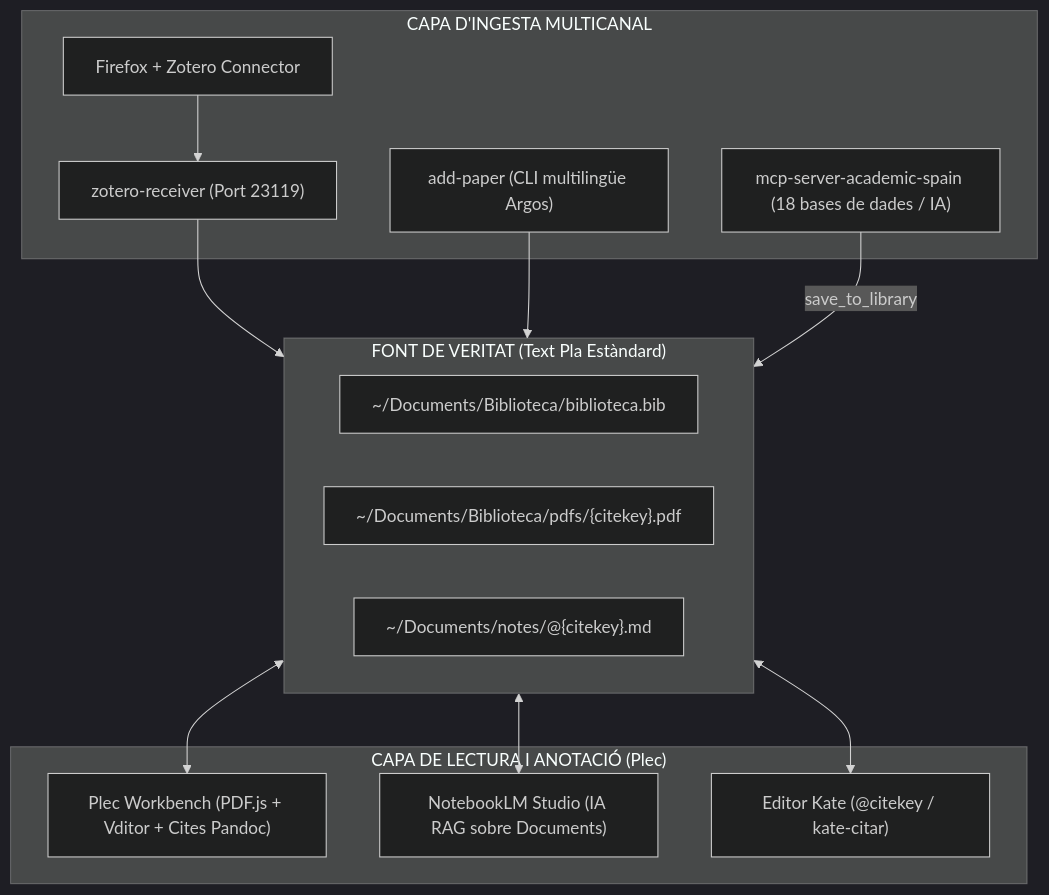
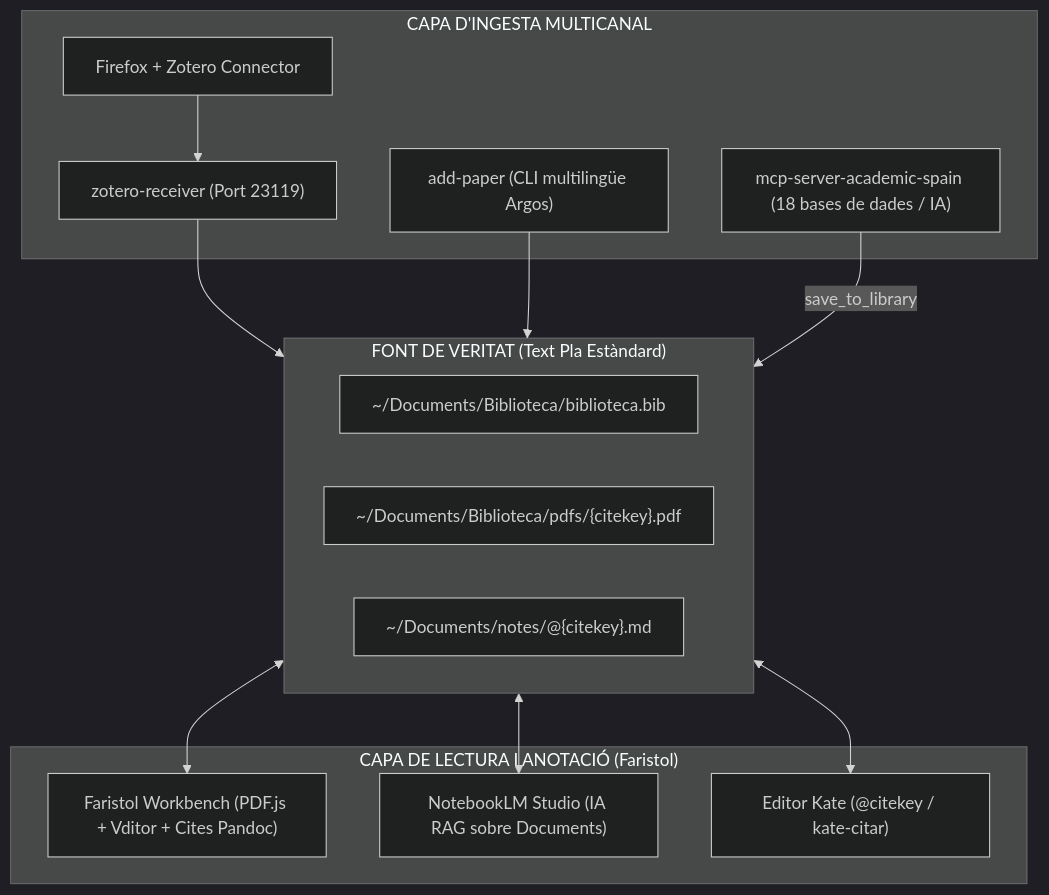
One commit to CasimirVictoria/zoterless changed the second of 2 diagrams in README.md. Above: the diagram before and after it, drawn with Mermaid (dark theme). The commit also changed other lines of this file and 1 other file, not shown here.

Commit message:
docs: update companion workbench reference from plec to faristol

````diff
--- a/README.md
+++ b/README.md
@@ -234,28 +234,28 @@
 ```mermaid
 flowchart TD
     subgraph Ingesta ["CAPA D'INGESTA MULTICANAL"]
         Firefox["Firefox + Zotero Connector"] --> Receiver["zotero-receiver (Port 23119)"]
         CLI["add-paper (CLI multilingüe Argos)"]
         MCP["mcp-server-academic-spain (18 bases de dades / IA)"]
     end
 
     subgraph Truth ["FONT DE VERITAT (Text Pla Estàndard)"]
         Bib["~/Documents/Biblioteca/biblioteca.bib"]
         PDFs["~/Documents/Biblioteca/pdfs/{citekey}.pdf"]
         Notes["~/Documents/notes/@{citekey}.md"]
     end
 
-    subgraph PKM ["CAPA DE LECTURA I ANOTACIÓ (Plec)"]
-        PlecWeb["Plec Workbench (PDF.js + Vditor + Cites Pandoc)"]
+    subgraph PKM ["CAPA DE LECTURA I ANOTACIÓ (Faristol)"]
+        FaristolWeb["Faristol Workbench (PDF.js + Vditor + Cites Pandoc)"]
         NotebookLM["NotebookLM Studio (IA RAG sobre Documents)"]
         Kate["Editor Kate (@citekey / kate-citar)"]
     end
 
     Receiver --> Truth
     CLI --> Truth
     MCP -->|save_to_library| Truth
 
-    Truth <--> PlecWeb
+    Truth <--> FaristolWeb
     Truth <--> NotebookLM
     Truth <--> Kate
 ```
````
